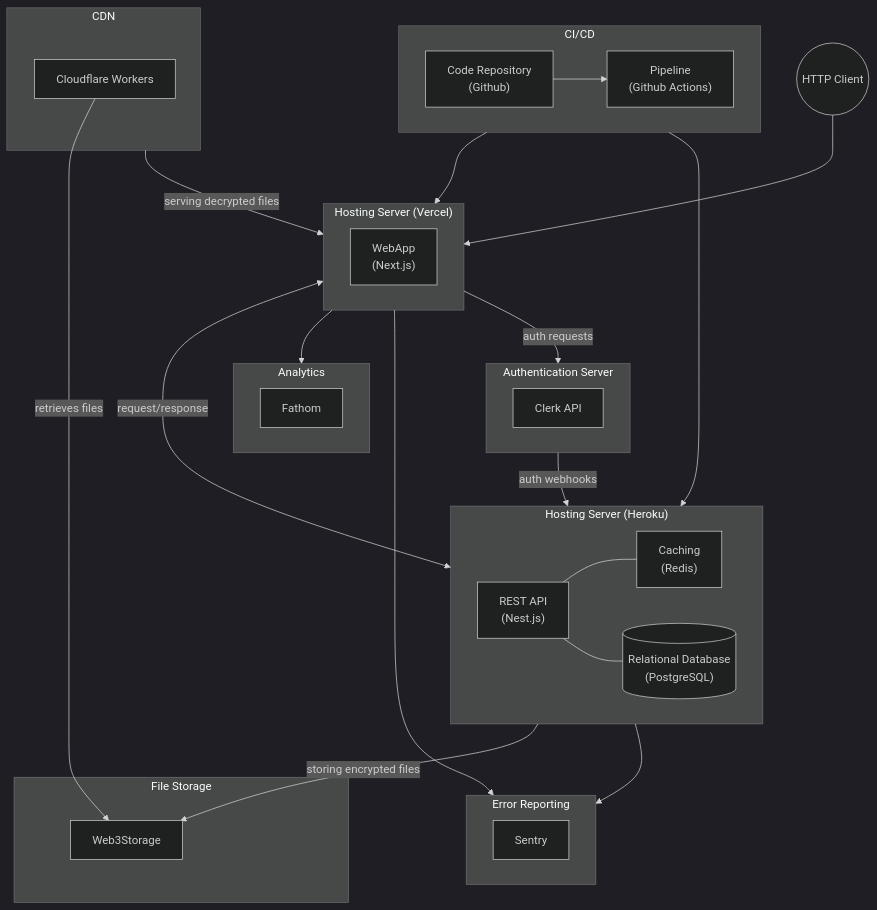
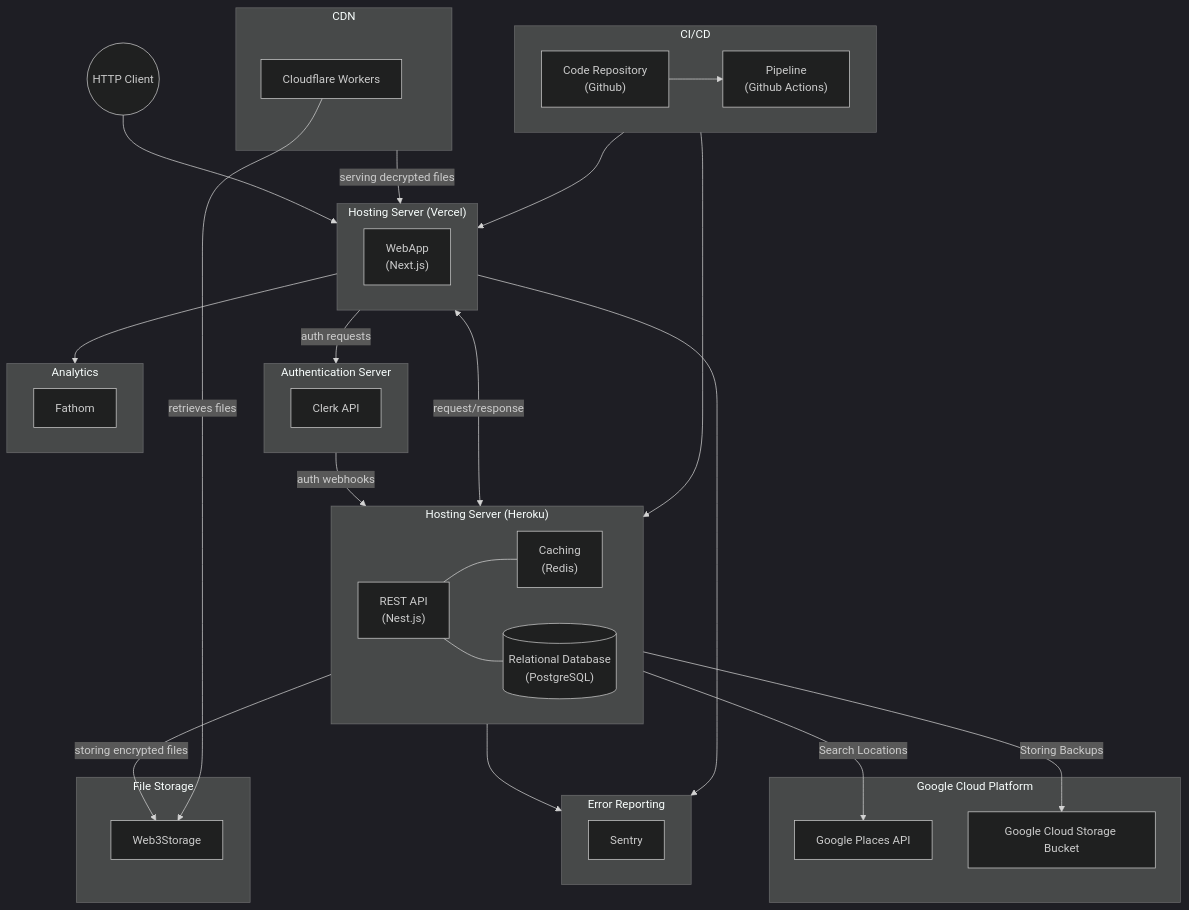
One commit to memser-spaceport/pln-directory-portal changed the diagram in docs/ARCHITECTURE_DIAGRAM.md. Above: the diagram before and after it, drawn with Mermaid (dark theme).

Commit message:
docs: update architecture diagram

````diff
--- a/docs/ARCHITECTURE_DIAGRAM.md
+++ b/docs/ARCHITECTURE_DIAGRAM.md
@@ -3,57 +3,63 @@
 ```mermaid
 flowchart TB
     %%{ init: { 'flowchart': { 'curve': 'bump' } } }%%
 
     subgraph CI/CD
         cd["Code Repository\n(Github)"]
         pl["Pipeline\n(Github Actions)"]
         cd --> pl
     end
 
     subgraph HSWA["#nbsp;#nbsp;Hosting Server (Vercel)#nbsp;#nbsp;"]
         webapp["WebApp\n(Next.js)"]
     end
 
     subgraph HSAPI["Hosting Server (Heroku)"]
         api["REST API\n(Nest.js)"]
         redis["Caching\n(Redis)"]
         db[("Relational Database\n(PostgreSQL)")]
         api --- redis
         api --- db
     end
 
     subgraph AS["#nbsp;#nbsp;Authentication Server#nbsp;#nbsp;"]
         clerk["Clerk API"]
     end
 
     subgraph FS["File Storage"]
         W3S["Web3Storage"]
     end
 
     subgraph ER["#nbsp;#nbsp;Error Reporting#nbsp;#nbsp;"]
         s1["Sentry"]
     end
 
     subgraph A1["Analytics"]
         f1["Fathom"]
     end
 
     subgraph CDN
         CW["Cloudflare Workers"]
     end
 
+    subgraph GCP["Google Cloud Platform"]
+        GCPAPI["Google Places API"]
+        GCPBucket["Google Cloud Storage Bucket"]
+    end
 
     HC(("HTTP Client"))
     CW -- retrieves files --> W3S
     CI/CD --> HSWA
     CI/CD --> HSAPI
     HSWA <-- request/response --> HSAPI
     HSAPI -- storing encrypted files --> W3S
     CDN -- serving decrypted files --> HSWA
     HSWA --> A1
     HSWA --> ER
     HSWA -- auth requests --> AS
+    HSAPI -- Search Locations --> GCPAPI
+    HSAPI -- Storing Backups --> GCPBucket
     HC --> HSWA
     HSAPI --> ER
     AS -- auth webhooks --> HSAPI
 ```
````
